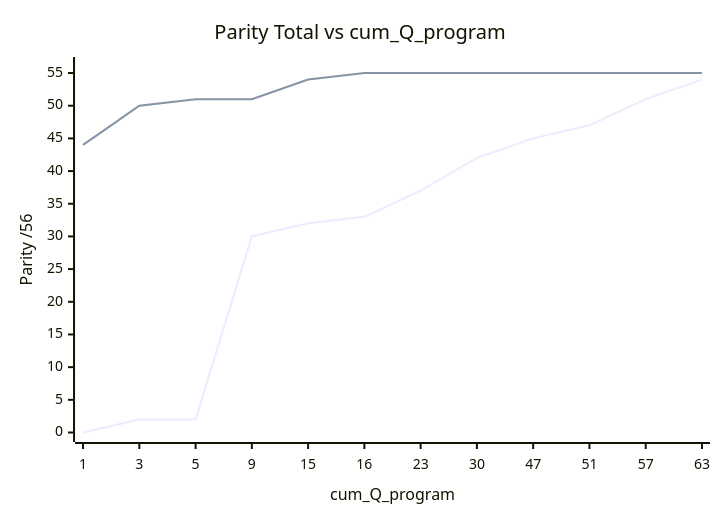
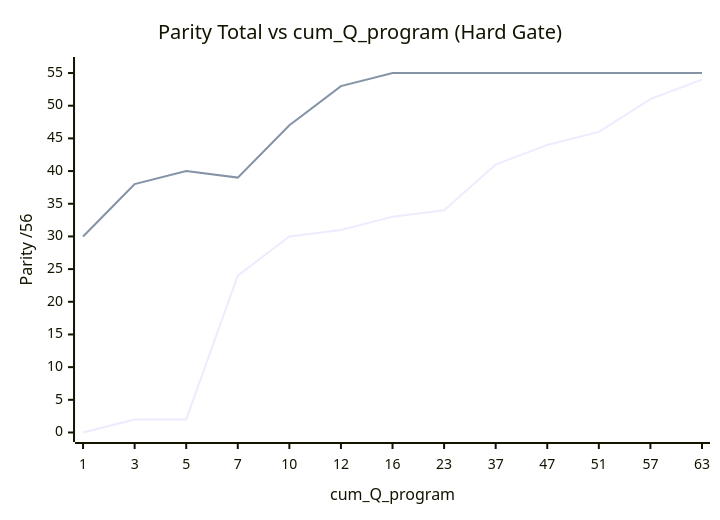
Before and after one commit to hyosungitx00/AI: the diagram in docs/report/parity-score-evolution-vs-Q-2026-08.md, drawn with Mermaid. The commit also changed other lines of this file and 2 other files, not shown here.

First line of the commit message:
fix(docs): Parity Hard Gate — 에러/미동작 시 PASS 금지

````diff
--- a/docs/report/parity-score-evolution-vs-Q-2026-08.md
+++ b/docs/report/parity-score-evolution-vs-Q-2026-08.md
@@ -133,8 +109,8 @@
 ```mermaid
 xychart-beta
-  title "Parity Total vs cum_Q_program"
-  x-axis "cum_Q_program" [1, 3, 5, 9, 15, 16, 23, 30, 47, 51, 57, 63]
+  title "Parity Total vs cum_Q_program (Hard Gate)"
+  x-axis "cum_Q_program" [1, 3, 5, 7, 10, 12, 16, 23, 37, 47, 51, 57, 63]
   y-axis "Parity /56" 0 --> 56
-  line "A" [0, 2, 2, 30, 32, 33, 37, 42, 45, 47, 51, 54]
-  line "B" [44, 50, 51, 51, 54, 55, 55, 55, 55, 55, 55, 55]
+  line "A" [0, 2, 2, 24, 30, 31, 33, 34, 41, 44, 46, 51, 54]
+  line "B" [30, 38, 40, 39, 47, 53, 55, 55, 55, 55, 55, 55, 55]
 ```
````
